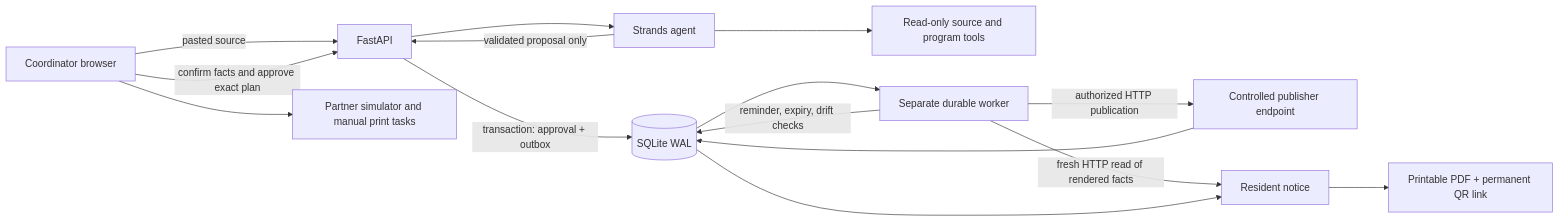
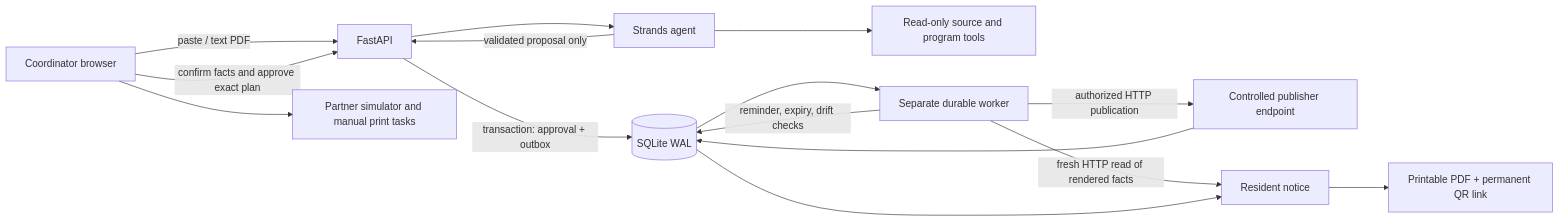
The diagram in docs/ARCHITECTURE.md (ankitlade12/servicesignal-agents-for-humans), drawn with Mermaid before and after one commit. The commit also changed other lines of this file and 36 other files, not shown here.

````diff
--- a/docs/ARCHITECTURE.md
+++ b/docs/ARCHITECTURE.md
@@ -5,17 +5,17 @@
 ```mermaid
 flowchart LR
-    C[Coordinator browser] -->|pasted source| API[FastAPI]
+    C[Coordinator browser] -->|paste / text PDF| API[FastAPI]
     API --> A[Strands agent]
     A --> R[Read-only source and program tools]
     A -->|validated proposal only| API
     C -->|confirm facts and approve exact plan| API
     API -->|transaction: approval + outbox| DB[(SQLite WAL)]
     DB --> W[Separate durable worker]
     W -->|authorized HTTP publication| P[Controlled publisher endpoint]
     P --> DB
     W -->|fresh HTTP read of rendered facts| N[Resident notice]
     DB --> N
     N --> PDF[Printable PDF + permanent QR link]
     C --> S[Partner simulator and manual print tasks]
     W -->|reminder, expiry, drift checks| DB
 ```
````
